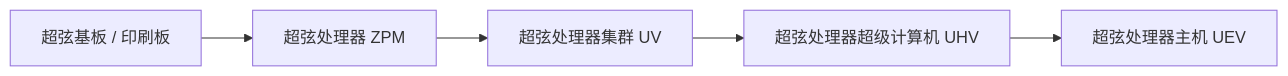
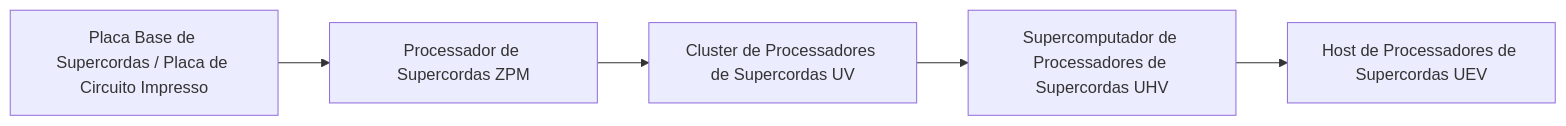
Before and after one commit to takanashisatou/GregtechEasy-Docs: the first of 2 diagrams in docs/pt/gtecore/circuits-and-materials.md, drawn with Mermaid. The commit also changed other lines of this file and 99 other files, not shown here.

````diff
--- a/docs/pt/gtecore/circuits-and-materials.md
+++ b/docs/pt/gtecore/circuits-and-materials.md
@@ -11,7 +11,7 @@
 ```mermaid
 graph LR
-    A[超弦基板 / 印刷板] --> B[超弦处理器 ZPM]
-    B --> C[超弦处理器集群 UV]
-    C --> D[超弦处理器超级计算机 UHV]
-    D --> E[超弦处理器主机 UEV]
+    A[Placa Base de Supercordas / Placa de Circuito Impresso] --> B[Processador de Supercordas ZPM]
+    B --> C[Cluster de Processadores de Supercordas UV]
+    C --> D[Supercomputador de Processadores de Supercordas UHV]
+    D --> E[Host de Processadores de Supercordas UEV]
 ```
````
